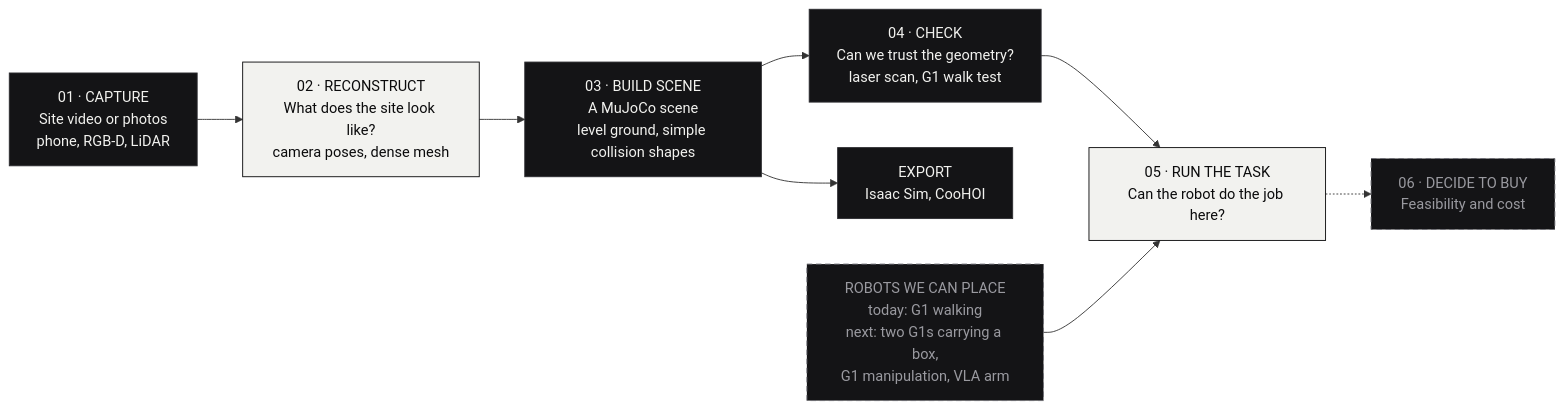
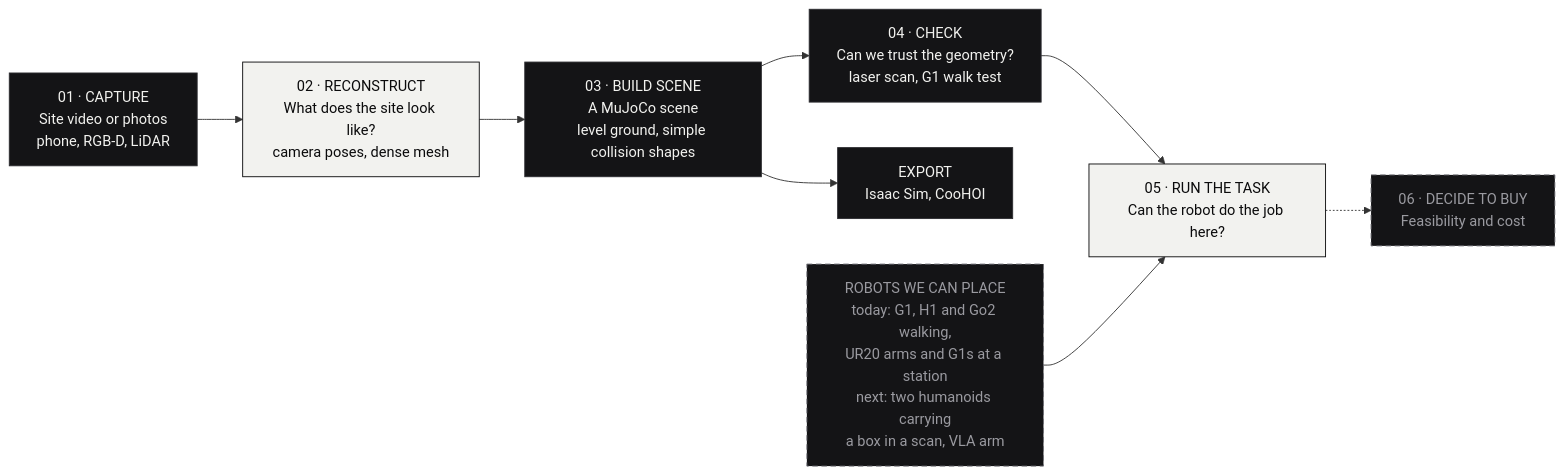
One commit to sunnycho100/rtos-real-to-sim changed the first of 3 diagrams in README.md. Above: the diagram before and after it, drawn with Mermaid. The commit also changed other lines of this file and 2 other files, not shown here.

````diff
--- a/README.md
+++ b/README.md
@@ -7,21 +11,21 @@
 ```mermaid
 flowchart LR
     C["01 · CAPTURE<br/>Site video or photos<br/>phone, RGB-D, LiDAR"]
     R["02 · RECONSTRUCT<br/>What does the site look like?<br/>camera poses, dense mesh"]
     S["03 · BUILD SCENE<br/>A MuJoCo scene<br/>level ground, simple collision shapes"]
     K["04 · CHECK<br/>Can we trust the geometry?<br/>laser scan, G1 walk test"]
     T["05 · RUN THE TASK<br/>Can the robot do the job here?"]
     F["06 · DECIDE TO BUY<br/>Feasibility and cost"]
     E["EXPORT<br/>Isaac Sim, CooHOI"]
-    P["ROBOTS WE CAN PLACE<br/>today: G1 walking<br/>next: two G1s carrying a box,<br/>G1 manipulation, VLA arm"]
+    P["ROBOTS WE CAN PLACE<br/>today: G1, H1 and Go2 walking,<br/>UR20 arms and G1s at a station<br/>next: two humanoids carrying<br/>a box in a scan, VLA arm"]
     C --> R --> S --> K --> T
     T -.-> F
     S --> E
     P --> T
     classDef stage fill:#141416,stroke:#2C2C30,color:#F2F2EF
     classDef focus fill:#F2F2EF,stroke:#0B0B0C,color:#0B0B0C
     classDef next fill:#141416,stroke:#6E6E74,color:#9A9AA0,stroke-dasharray:6 4
     class C,S,K,E stage
     class R,T focus
     class F,P next
 ```
````
